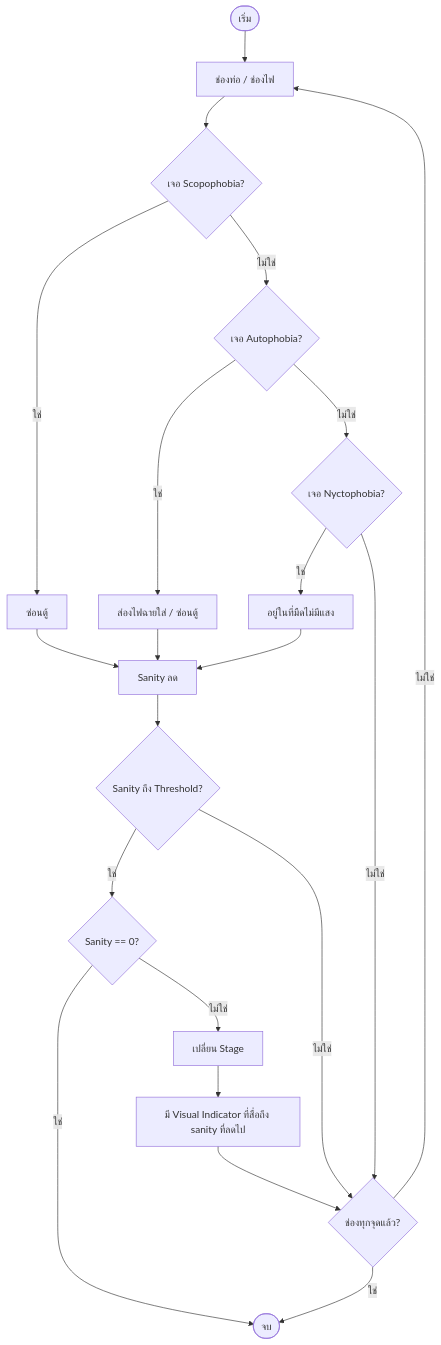
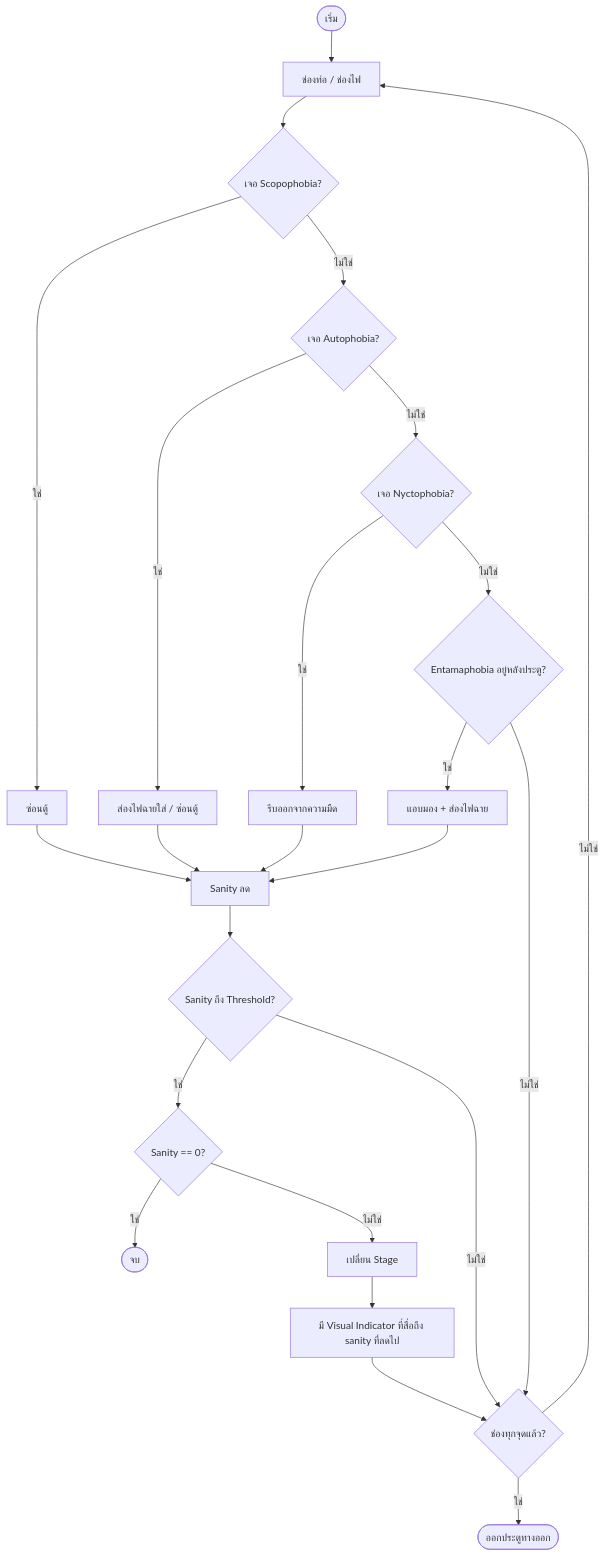
The third of 3 diagrams in docs/01_GDD/01-core-loop.md (Sambopukkazz/DG225_CoreX), drawn with Mermaid before and after one commit. The commit also changed other lines of this file and 21 other files, not shown here.

````diff
--- a/docs/01_GDD/01-core-loop.md
+++ b/docs/01_GDD/01-core-loop.md
@@ -61,23 +64,26 @@
 ```mermaid
 flowchart TD
     Start([เริ่ม]) --> Fix[ช่องท่อ / ช่องไฟ]
     Fix --> Scopo{เจอ Scopophobia?}
     Scopo -->|ใช่| ScopoY[ซ่อนตู้]
     Scopo -->|ไม่ใช่| Auto{เจอ Autophobia?}
     Auto -->|ใช่| AutoY[ส่องไฟฉายใส่ / ซ่อนตู้]
     Auto -->|ไม่ใช่| Nycto{เจอ Nyctophobia?}
-    Nycto -->|ใช่| NyctoY[อยู่ในที่มืดไม่มีแสง]
-    Nycto -->|ไม่ใช่| AllFixed{ช่องทุกจุดแล้ว?}
+    Nycto -->|ใช่| NyctoY[รีบออกจากความมืด]
+    Nycto -->|ไม่ใช่| Entama{Entamaphobia อยู่หลังประตู?}
+    Entama -->|ใช่| EntamaY[แอบมอง + ส่องไฟฉาย]
+    Entama -->|ไม่ใช่| AllFixed{ช่องทุกจุดแล้ว?}
     ScopoY --> SanityDrop[Sanity ลด]
     AutoY --> SanityDrop
     NyctoY --> SanityDrop
+    EntamaY --> SanityDrop
     SanityDrop --> Thresh{Sanity ถึง Threshold?}
     Thresh -->|ใช่| Zero{Sanity == 0?}
     Zero -->|ใช่| End([จบ])
     Zero -->|ไม่ใช่| Stage[เปลี่ยน Stage]
     Stage --> Indicator[มี Visual Indicator ที่สื่อถึง sanity ที่ลดไป]
     Indicator --> AllFixed
     Thresh -->|ไม่ใช่| AllFixed
-    AllFixed -->|ใช่| End
+    AllFixed -->|ใช่| Win([ออกประตูทางออก])
     AllFixed -->|ไม่ใช่| Fix
 ```
````
